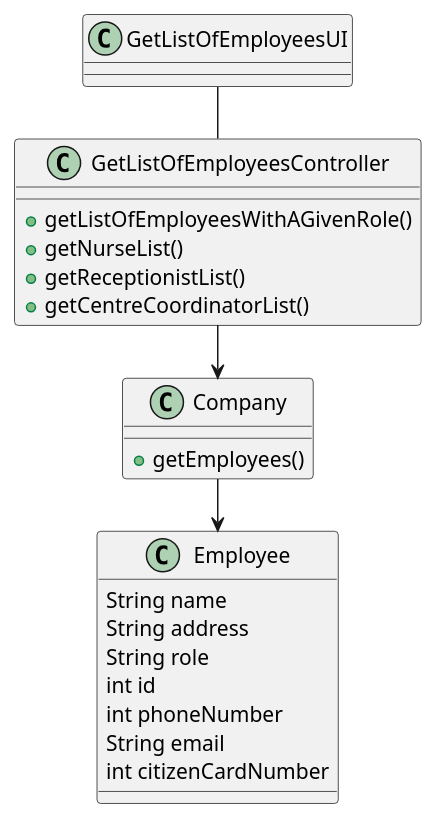
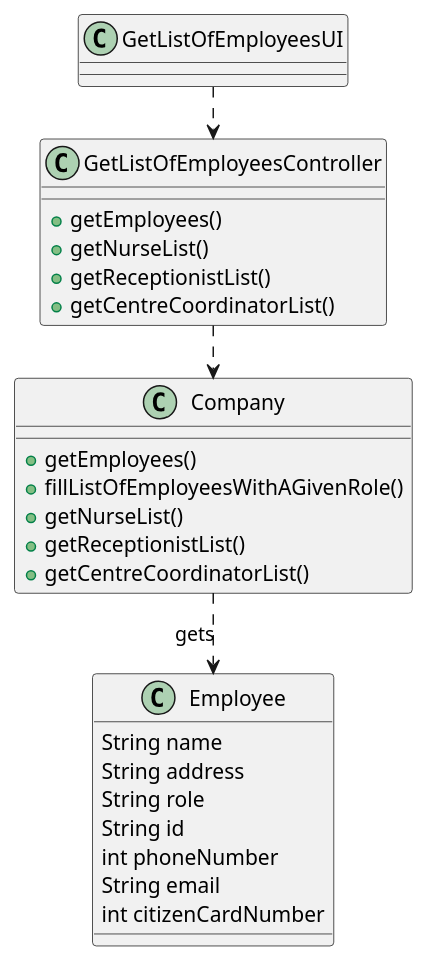
Before and after one commit to Pirussa/lei-22-s2-1da-g02: the diagram in docs/SprintB/US011/US011_CD.puml, drawn with PlantUML. The commit also changed 8 other files, not shown here.

```diff
--- a/docs/SprintB/US011/US011_CD.puml
+++ b/docs/SprintB/US011/US011_CD.puml
@@ -1,34 +1,38 @@
 @startuml
 'https://plantuml.com/class-diagram
 
 class Company {
 +getEmployees()
++fillListOfEmployeesWithAGivenRole()
++getNurseList()
++getReceptionistList()
++getCentreCoordinatorList()
 }
 
 class Employee {
 String name
 String address
 String role
-int id
+String id
 int phoneNumber
 String email
 int citizenCardNumber
 }
 
 class GetListOfEmployeesUI
 
 class GetListOfEmployeesController{
-+getListOfEmployeesWithAGivenRole()
++getEmployees()
 +getNurseList()
 +getReceptionistList()
 +getCentreCoordinatorList()
 }
 
 
 left to right direction
 
-GetListOfEmployeesUI - GetListOfEmployeesController
-GetListOfEmployeesController -> Company
-Company -> Employee
+GetListOfEmployeesUI .> GetListOfEmployeesController
+GetListOfEmployeesController .> Company
+Company .> Employee: gets
 
 @enduml
```
